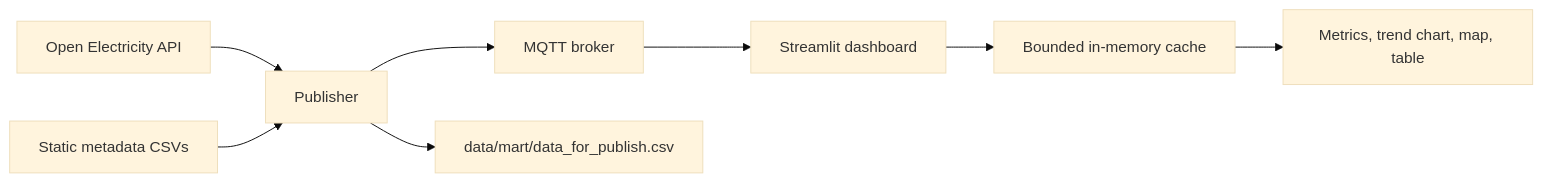
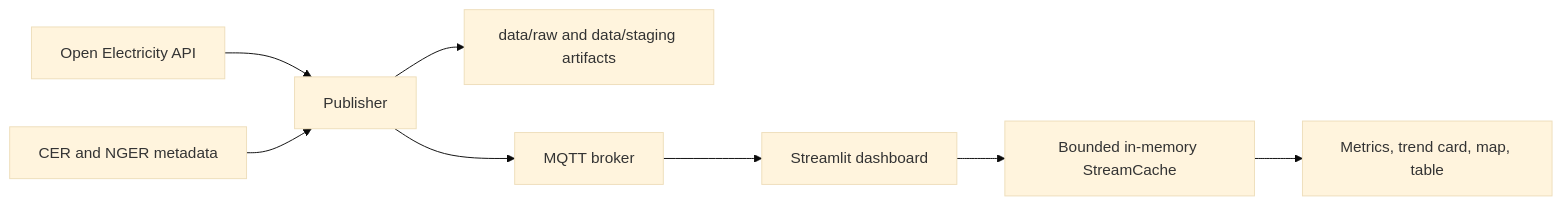
Before and after one commit to arhawk/NEM-Monitoring-Dashboard: the diagram in README.md, drawn with Mermaid (base theme). The commit also changed other lines of this file and 6 other files, not shown here.

````diff
--- a/README.md
+++ b/README.md
@@ -15,10 +39,10 @@
 ```mermaid
 flowchart LR
   A[Open Electricity API] --> P[Publisher]
-  S[Static metadata CSVs] --> P
+  B[CER and NGER metadata] --> P
+  P --> C[data/raw and data/staging artifacts]
   P --> M[MQTT broker]
   M --> D[Streamlit dashboard]
-  D --> C[Bounded in-memory cache]
-  C --> V[Metrics, trend chart, map, table]
-  P --> F[data/mart/data_for_publish.csv]
+  D --> S[Bounded in-memory StreamCache]
+  S --> V[Metrics, trend card, map, table]
 ```
````
